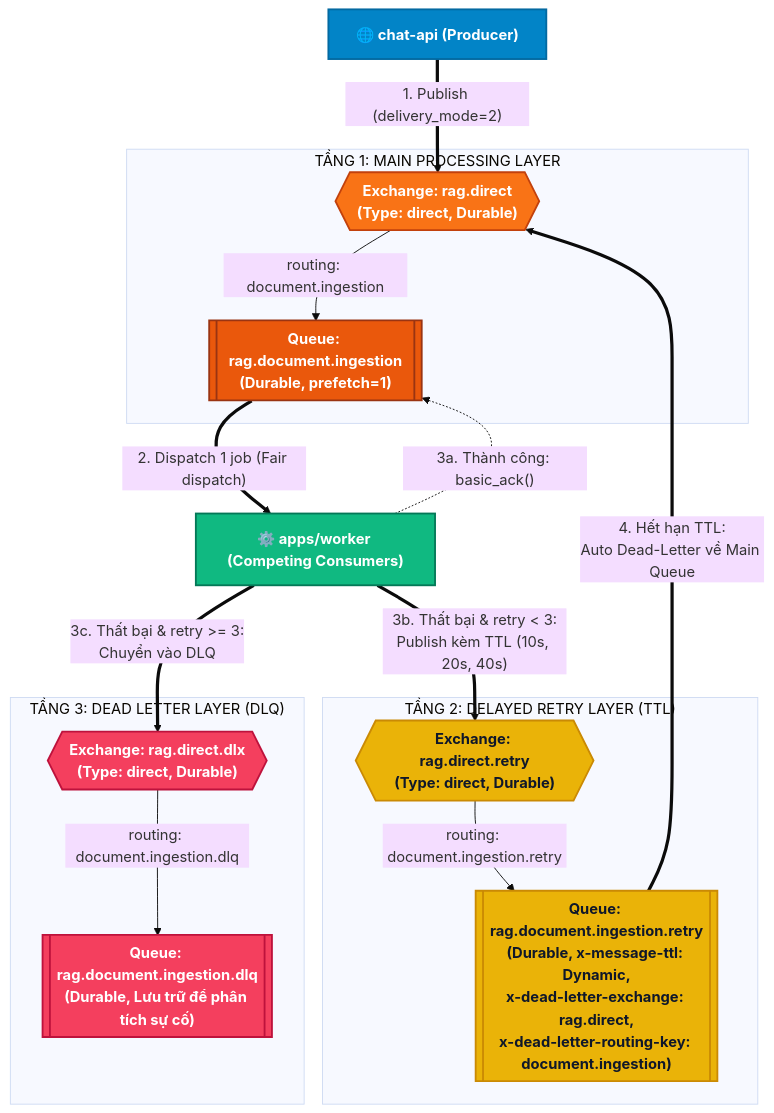
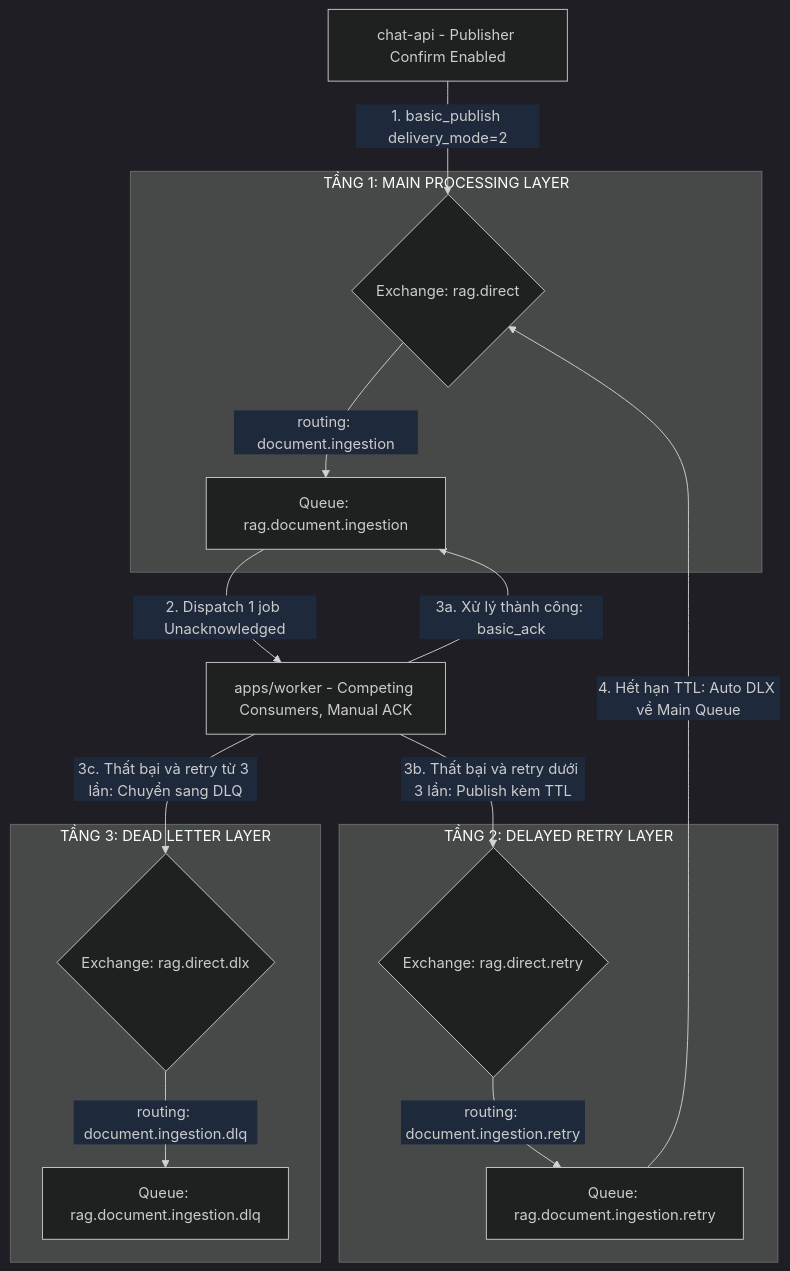
The sixth of 6 diagrams in docs/rabbitmq_architecture.md (NDQuynh259/ragflow-api), drawn with Mermaid before and after one commit. The commit also changed other lines of this file and 30 other files, not shown here.

Commit message:
feat: implement CQRS bus and RabbitMQ-backed background worker architecture

````diff
--- a/docs/rabbitmq_architecture.md
+++ b/docs/rabbitmq_architecture.md
@@ -137,43 +270,36 @@
 ```mermaid
-%%{init: {'theme': 'base', 'themeVariables': { 'fontFamily': 'Inter, system-ui, sans-serif' }}}%%
+%%{init: {'theme': 'dark', 'themeVariables': { 'darkMode': true, 'edgeLabelBackground': '#1e293b' }}}%%
 flowchart TD
-    classDef producer fill:#0284c7,stroke:#0369a1,stroke-width:2px,color:#ffffff,font-weight:bold;
-    classDef exchange fill:#f97316,stroke:#c2410c,stroke-width:2px,color:#ffffff,font-weight:bold;
-    classDef queue fill:#ea580c,stroke:#9a3412,stroke-width:2px,color:#ffffff,font-weight:bold;
-    classDef retry fill:#eab308,stroke:#ca8a04,stroke-width:2px,color:#0f172a,font-weight:bold;
-    classDef dlq fill:#f43f5e,stroke:#be123c,stroke-width:2px,color:#ffffff,font-weight:bold;
-    classDef worker fill:#10b981,stroke:#047857,stroke-width:2px,color:#ffffff,font-weight:bold;
+    API[chat-api - Publisher Confirm Enabled]
 
-    API["🌐 chat-api (Producer)"]:::producer
-
-    subgraph MAIN_LAYER ["TẦNG 1: MAIN PROCESSING LAYER"]
-        DirectEx{{"Exchange: rag.direct\n(Type: direct, Durable)"}}:::exchange
-        MainQ[["Queue: rag.document.ingestion\n(Durable, prefetch=1)"]]:::queue
+    subgraph TANG1 [TẦNG 1: MAIN PROCESSING LAYER]
+        DirectEx{Exchange: rag.direct}
+        MainQ[Queue: rag.document.ingestion]
     end
 
-    subgraph RETRY_LAYER ["TẦNG 2: DELAYED RETRY LAYER (TTL)"]
-        RetryEx{{"Exchange: rag.direct.retry\n(Type: direct, Durable)"}}:::retry
-        RetryQ[["Queue: rag.document.ingestion.retry\n(Durable, x-message-ttl: Dynamic,\nx-dead-letter-exchange: rag.direct,\nx-dead-letter-routing-key: document.ingestion)"]]:::retry
+    subgraph TANG2 [TẦNG 2: DELAYED RETRY LAYER]
+        RetryEx{Exchange: rag.direct.retry}
+        RetryQ[Queue: rag.document.ingestion.retry]
     end
 
-    subgraph DLQ_LAYER ["TẦNG 3: DEAD LETTER LAYER (DLQ)"]
-        DLX{{"Exchange: rag.direct.dlx\n(Type: direct, Durable)"}}:::dlq
-        DLQueue[["Queue: rag.document.ingestion.dlq\n(Durable, Lưu trữ để phân tích sự cố)"]]:::dlq
+    subgraph TANG3 [TẦNG 3: DEAD LETTER LAYER]
+        DLX{Exchange: rag.direct.dlx}
+        DLQueue[Queue: rag.document.ingestion.dlq]
     end
 
-    Worker["⚙️ apps/worker (Competing Consumers)"]:::worker
+    Worker[apps/worker - Competing Consumers, Manual ACK]
 
     %% Routing
-    API ==>|"1. Publish (delivery_mode=2)"| DirectEx
-    DirectEx -->|"routing: document.ingestion"| MainQ
-    MainQ ==>|"2. Dispatch 1 job (Fair dispatch)"| Worker
+    API -->|1. basic_publish delivery_mode=2| DirectEx
+    DirectEx -->|routing: document.ingestion| MainQ
+    MainQ -->|2. Dispatch 1 job Unacknowledged| Worker
 
     %% Outcomes
-    Worker -.->|"3a. Thành công: basic_ack()"| MainQ
-    Worker ==>|"3b. Thất bại & retry < 3:\nPublish kèm TTL (10s, 20s, 40s)"| RetryEx
-    RetryEx -->|"routing: document.ingestion.retry"| RetryQ
-    RetryQ ==>|"4. Hết hạn TTL:\nAuto Dead-Letter về Main Queue"| DirectEx
+    Worker -->|3a. Xử lý thành công: basic_ack| MainQ
+    Worker -->|3b. Thất bại và retry dưới 3 lần: Publish kèm TTL| RetryEx
+    RetryEx -->|routing: document.ingestion.retry| RetryQ
+    RetryQ -->|4. Hết hạn TTL: Auto DLX về Main Queue| DirectEx
 
-    Worker ==>|"3c. Thất bại & retry >= 3:\nChuyển vào DLQ"| DLX
-    DLX -->|"routing: document.ingestion.dlq"| DLQueue
+    Worker -->|3c. Thất bại và retry từ 3 lần: Chuyển sang DLQ| DLX
+    DLX -->|routing: document.ingestion.dlq| DLQueue
 ```
````
